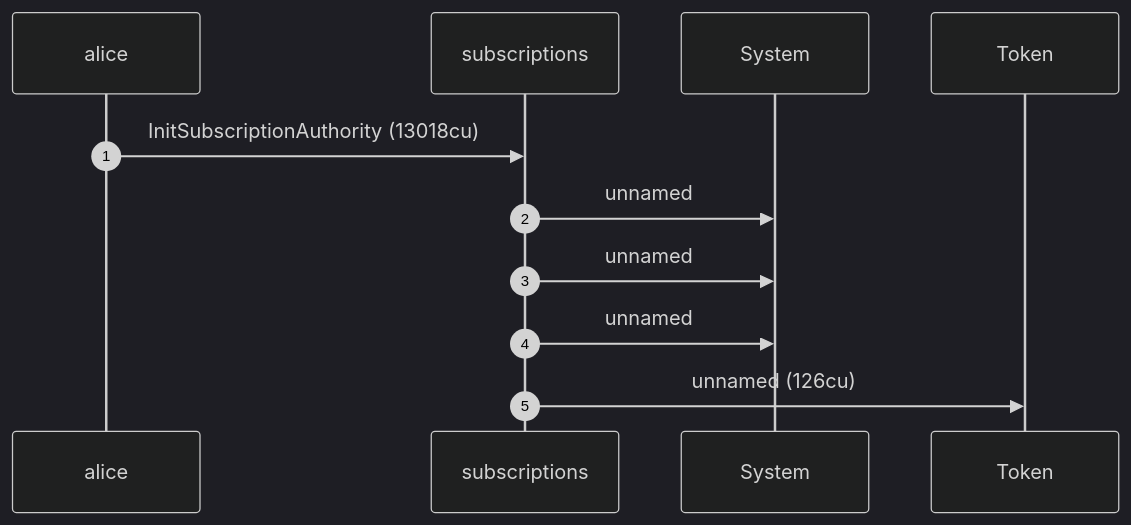
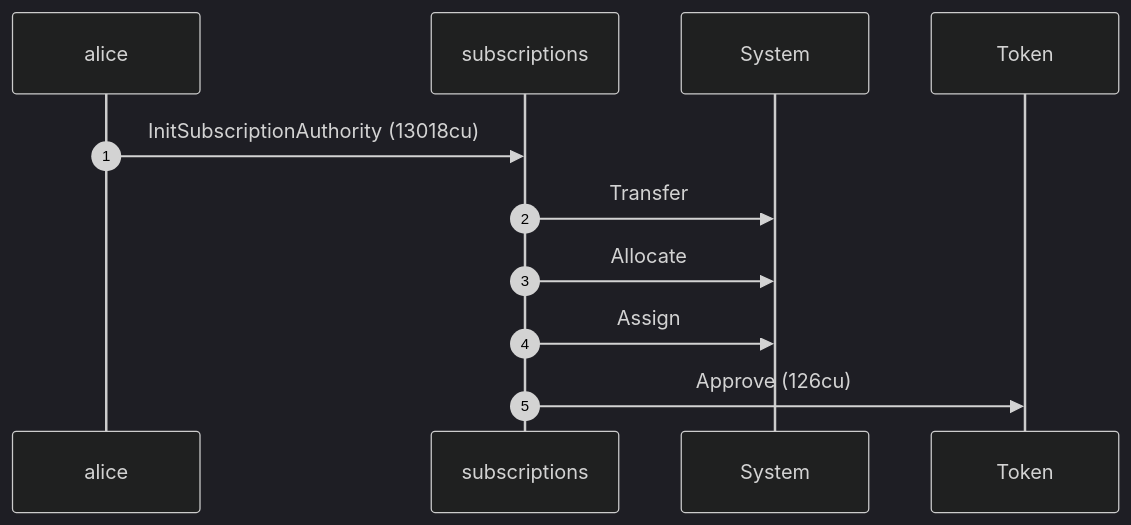
Before and after one commit to cds-rs/subscriptions: the first of 4 diagrams in dsl_tests/survive-a-pre-funded-pda.md, drawn with Mermaid (dark theme). The commit also changed other lines of this file and 219 other files, not shown here.

````diff
--- a/dsl_tests/survive-a-pre-funded-pda.md
+++ b/dsl_tests/survive-a-pre-funded-pda.md
@@ -26,13 +26,13 @@
 ```mermaid
 sequenceDiagram
     autonumber
     participant alice
     participant subscriptions
     participant System
     participant Token
     alice ->> subscriptions: InitSubscriptionAuthority (13018cu)
-    subscriptions ->> System: unnamed
-    subscriptions ->> System: unnamed
-    subscriptions ->> System: unnamed
-    subscriptions ->> Token: unnamed (126cu)
+    subscriptions ->> System: Transfer
+    subscriptions ->> System: Allocate
+    subscriptions ->> System: Assign
+    subscriptions ->> Token: Approve (126cu)
 ```
````
